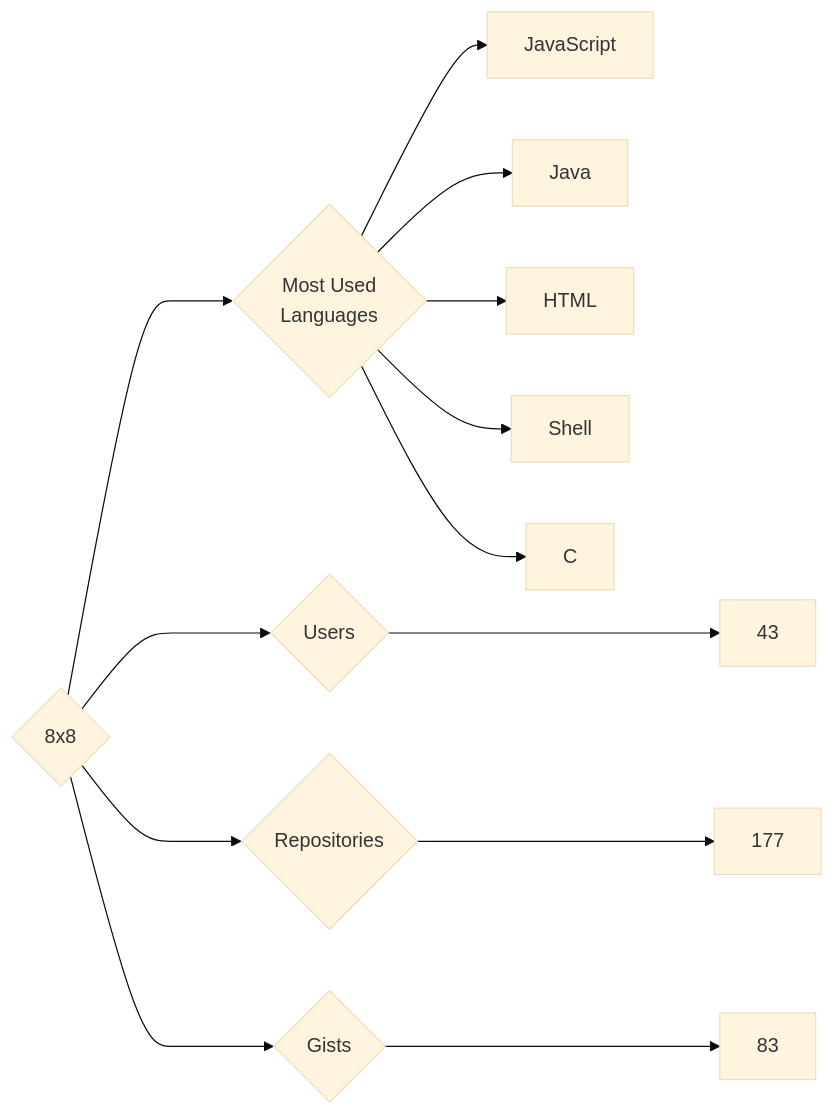
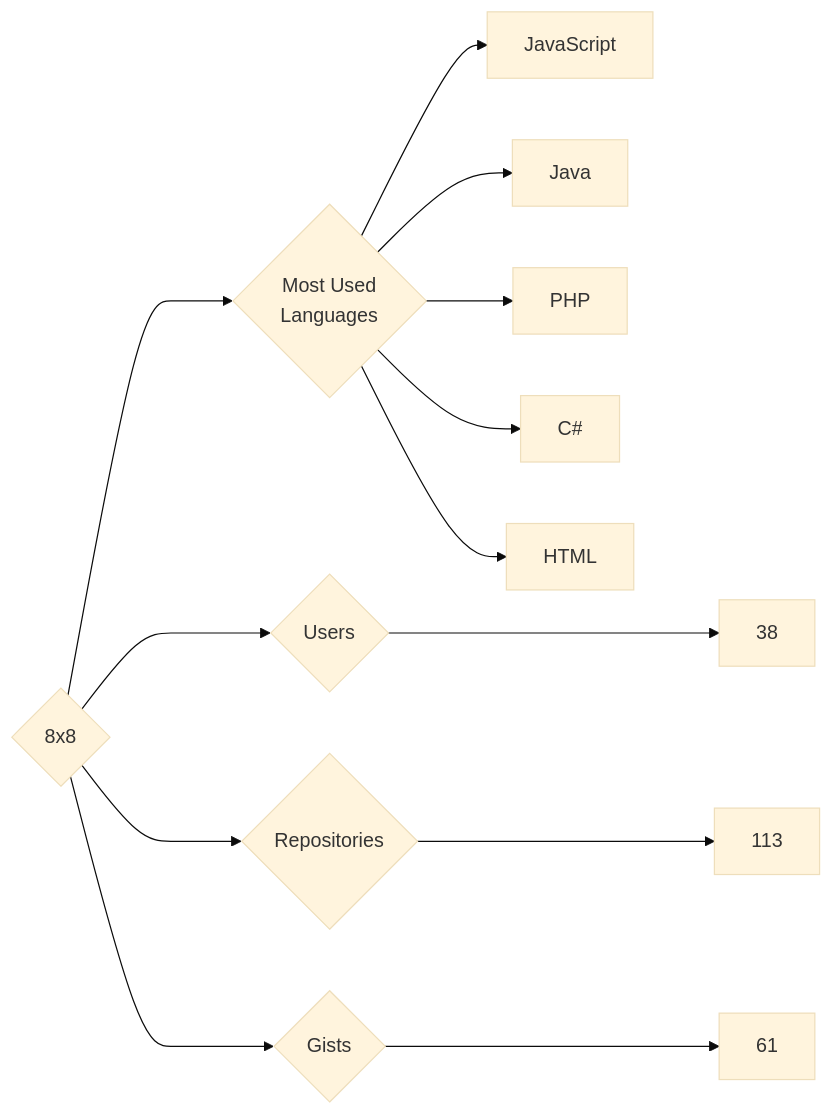
One commit to trickest/insiders changed the diagram in targets/8x8/README.md. Above: the diagram before and after it, drawn with Mermaid (base theme). The commit also changed 715 other files, not shown here.

````diff
--- a/targets/8x8/README.md
+++ b/targets/8x8/README.md
@@ -3,13 +3,13 @@
 ```mermaid
 graph LR
 COMPANY_NAME{8x8}
-COMPANY_NAME ---> U{Users} ---> UN[43]
-COMPANY_NAME ---> R{Repositories} ---> RN[177]
-COMPANY_NAME ---> G{Gists} ---> GN[83]
+COMPANY_NAME ---> U{Users} ---> UN[38]
+COMPANY_NAME ---> R{Repositories} ---> RN[113]
+COMPANY_NAME ---> G{Gists} ---> GN[61]
 COMPANY_NAME ---> ML{Most Used<br>Languages}
 ML --> JavaScript[JavaScript]
 ML --> Java[Java]
+ML --> PHP[PHP]
+ML --> C#[C#]
 ML --> HTML[HTML]
-ML --> Shell[Shell]
-ML --> C[C]
 ```
````
